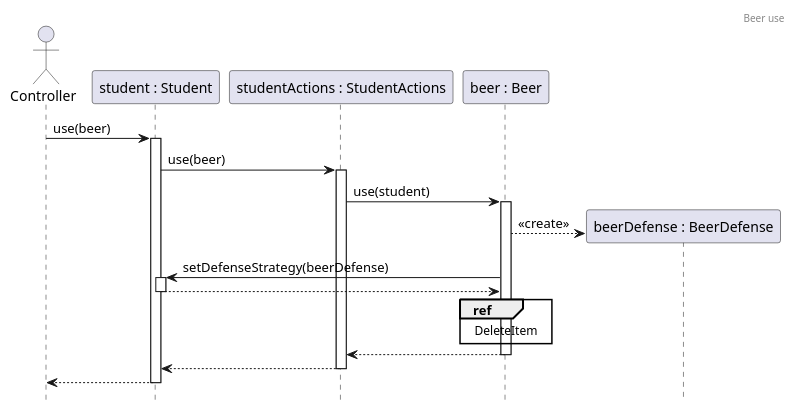
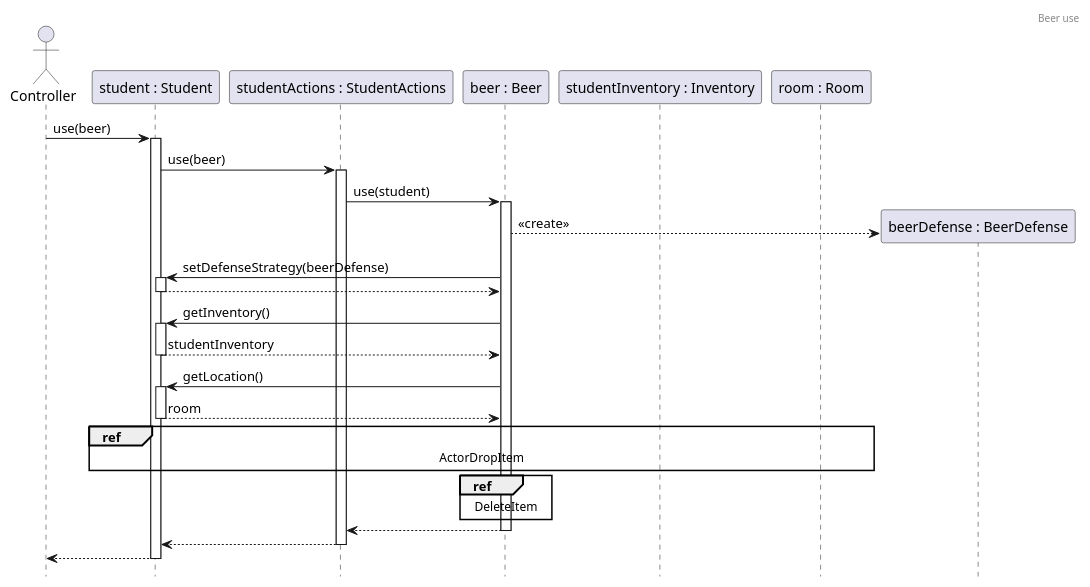
The diagram in docs/sequence/items/BeerUse.puml (Kristof-me/Logarlec), drawn with PlantUML before and after one commit. The commit also changed 2 other files, not shown here.

Commit message:
Modify beer sequences #83

```diff
--- a/docs/sequence/items/BeerUse.puml
+++ b/docs/sequence/items/BeerUse.puml
@@ -1,24 +1,31 @@
 @startuml BeerUse
 header Beer use
 hide footbox
 
 actor controller as "Controller"
 participant student as "student : Student"
 participant actionState as "studentActions : StudentActions"
 participant beer as "beer : Beer"
+participant studentInventory as "studentInventory : Inventory"
+participant room as "room : Room"
 
 controller -> student ++ : use(beer)
 student -> actionState ++ : use(beer)
 actionState -> beer ++ : use(student)
 
 create beerDefense as "beerDefense : BeerDefense"
 beer --> beerDefense : <<create>>
 beer -> student ++ : setDefenseStrategy(beerDefense)
 return 
+beer -> student ++ : getInventory()
+return studentInventory
+beer -> student ++ : getLocation()
+return room
+ref over student, beer, studentInventory, room : ActorDropItem
 ref over beer : DeleteItem
 return 
 
 return
 return
 
 @enduml
```
